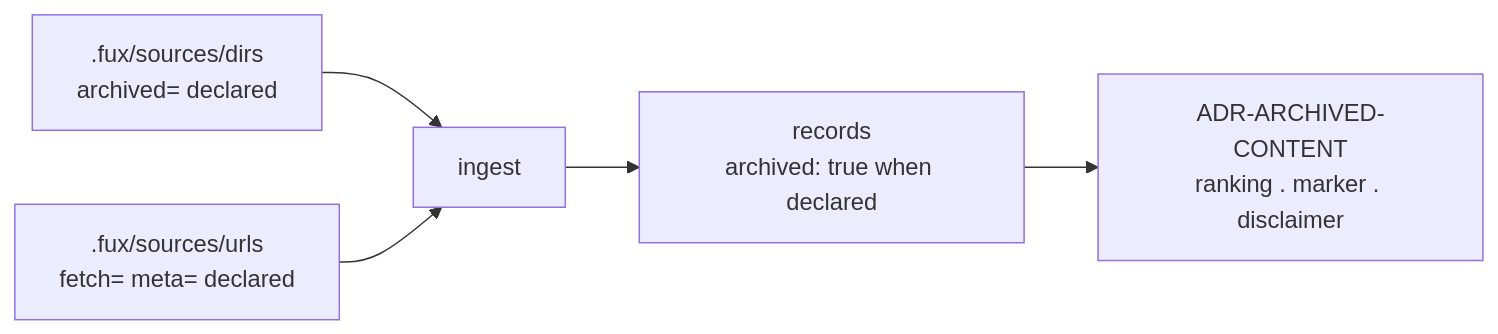
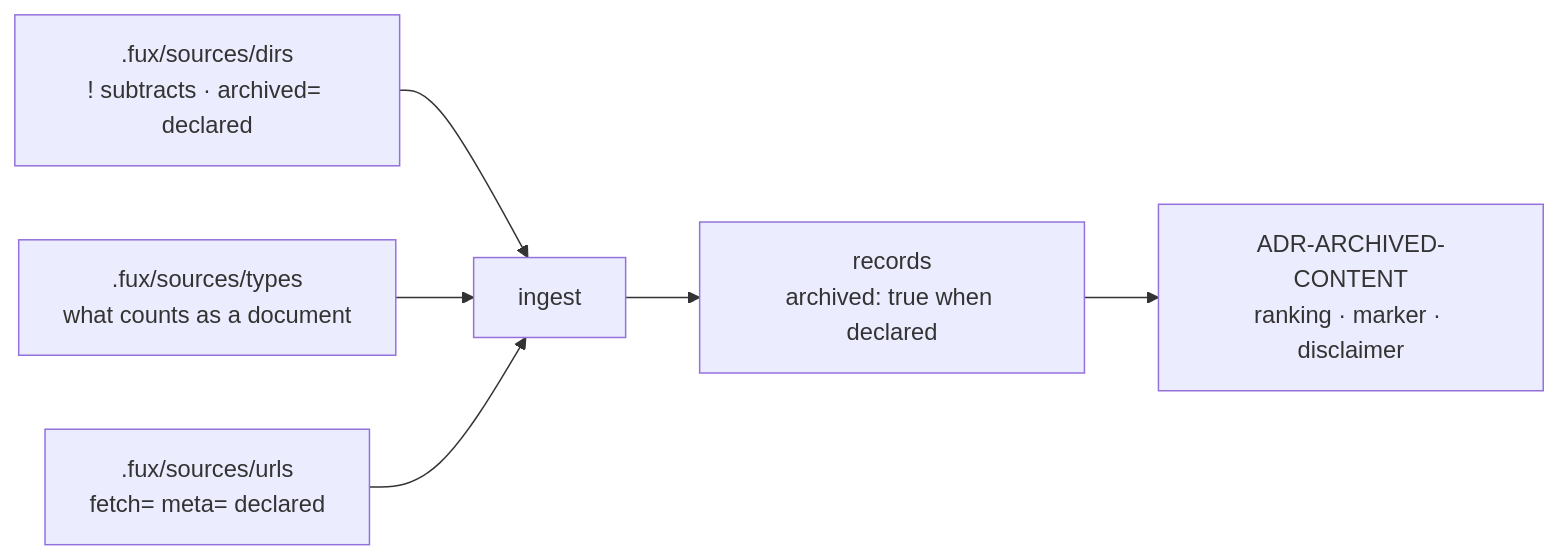
The diagram in docs/adr/0022_dir-list.md (arpitarya/fux), drawn with Mermaid before and after one commit. The commit also changed other lines of this file and 442 other files, not shown here.

````diff
--- a/docs/adr/0022_dir-list.md
+++ b/docs/adr/0022_dir-list.md
@@ -72,7 +48,8 @@
 ```mermaid
 flowchart LR
-    D[".fux/sources/dirs<br/>archived= declared"] --> I["ingest"]
+    D[".fux/sources/dirs<br/>! subtracts · archived= declared"] --> I["ingest"]
+    T[".fux/sources/types<br/>what counts as a document"] --> I
     U[".fux/sources/urls<br/>fetch= meta= declared"] --> I
     I --> R["records<br/>archived: true when declared"]
-    R --> X["ADR-ARCHIVED-CONTENT<br/>ranking . marker . disclaimer"]
+    R --> X["ADR-ARCHIVED-CONTENT<br/>ranking · marker · disclaimer"]
 ```
````
